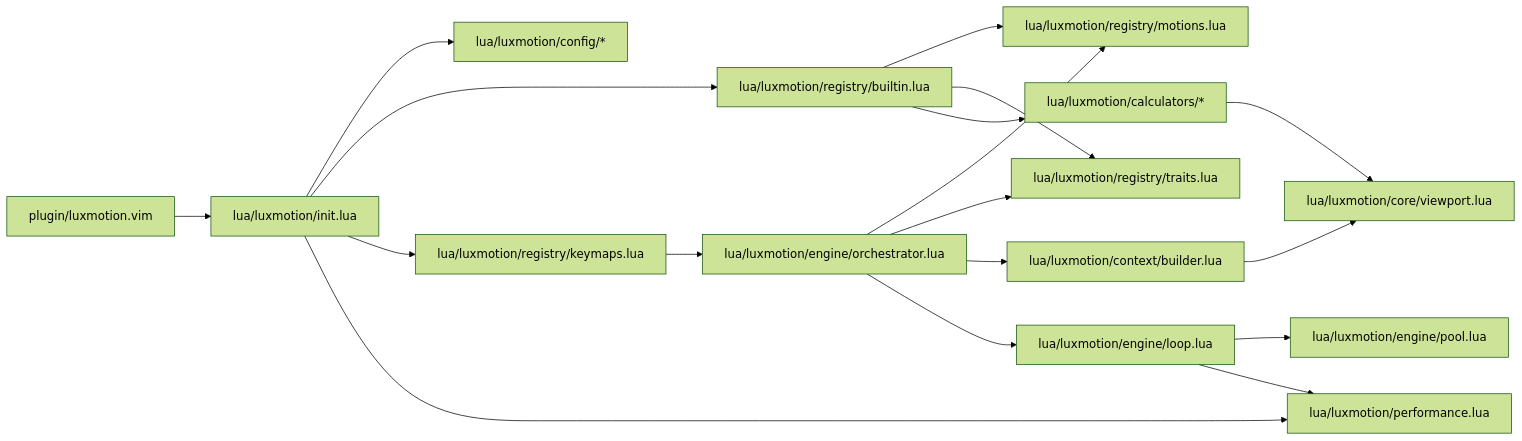
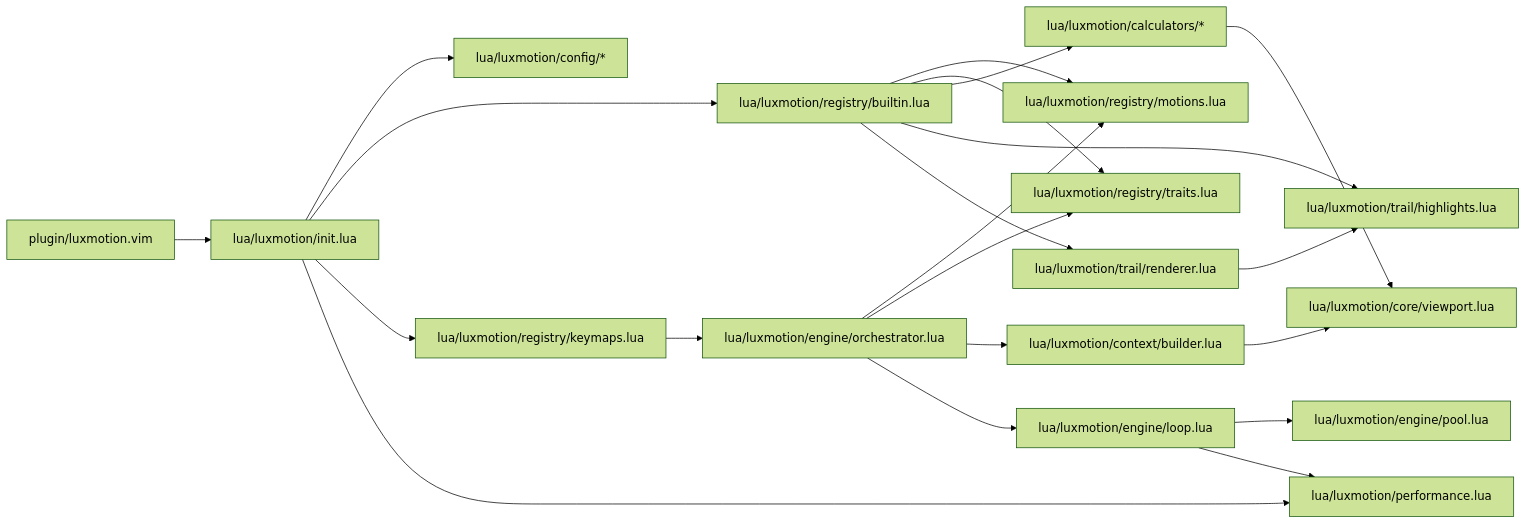
The second of 2 diagrams in docs/ARCHITECTURE.md (josstei/whisk.nvim), drawn with Mermaid (forest theme) before and after one commit. The commit also changed other lines of this file, not shown here.

Commit message:
docs: add trail modules to architecture documentation

````diff
--- a/docs/ARCHITECTURE.md
+++ b/docs/ARCHITECTURE.md
@@ -34,23 +34,26 @@
 ```mermaid
 flowchart LR
   plugin[plugin/luxmotion.vim] --> init[lua/luxmotion/init.lua]
   init --> config[lua/luxmotion/config/*]
   init --> builtin[lua/luxmotion/registry/builtin.lua]
   init --> keymaps[lua/luxmotion/registry/keymaps.lua]
   init --> performance[lua/luxmotion/performance.lua]
 
   builtin --> motions[lua/luxmotion/registry/motions.lua]
   builtin --> traits[lua/luxmotion/registry/traits.lua]
   builtin --> calculators[lua/luxmotion/calculators/*]
+  builtin --> trail_hl[lua/luxmotion/trail/highlights.lua]
+  builtin --> trail_rn[lua/luxmotion/trail/renderer.lua]
+  trail_rn --> trail_hl
 
   keymaps --> orchestrator[lua/luxmotion/engine/orchestrator.lua]
   orchestrator --> motions
   orchestrator --> traits
   orchestrator --> context[lua/luxmotion/context/builder.lua]
   orchestrator --> loop[lua/luxmotion/engine/loop.lua]
 
   context --> viewport[lua/luxmotion/core/viewport.lua]
   calculators --> viewport
   loop --> pool[lua/luxmotion/engine/pool.lua]
   loop --> performance
 ```
````
